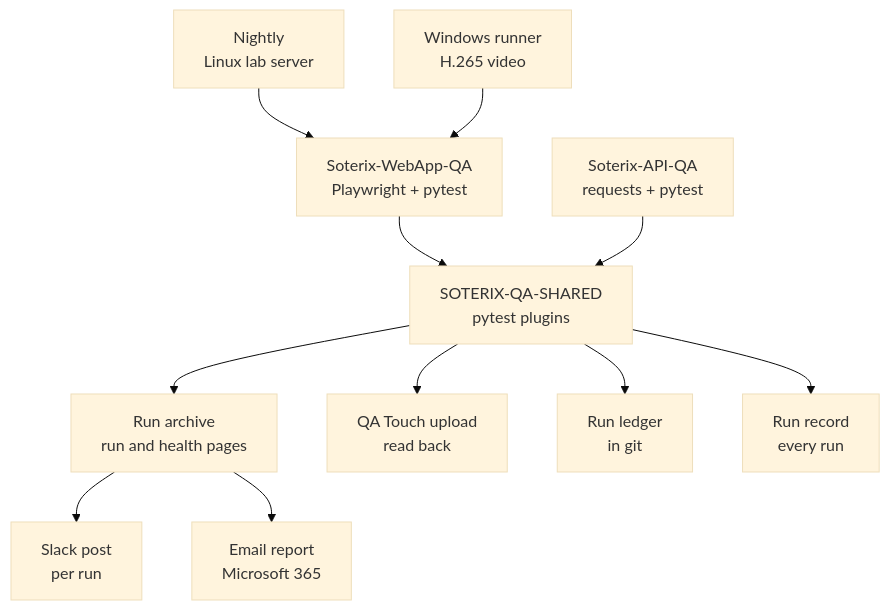
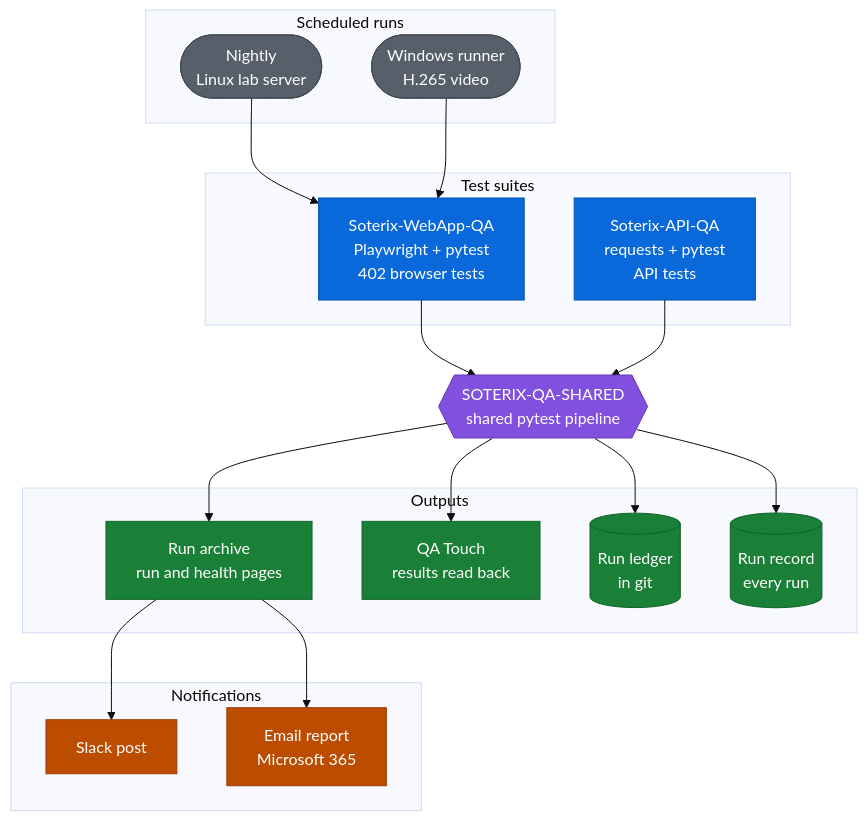
The diagram in README.md (JustVar/qa-automation-case-study), drawn with Mermaid (base theme) before and after one commit.

Commit message:
Update diagram styling

````diff
--- a/README.md
+++ b/README.md
@@ -35,14 +35,43 @@
 ```mermaid
 flowchart TB
-    N["Nightly<br/>Linux lab server"] --> W
-    X["Windows runner<br/>H.265 video"] --> W
-    W["Soterix-WebApp-QA<br/>Playwright + pytest"] --> S
-    A["Soterix-API-QA<br/>requests + pytest"] --> S
-    S["SOTERIX-QA-SHARED<br/>pytest plugins"]
-    S --> P["Run archive<br/>run and health pages"]
-    S --> Q["QA Touch upload<br/>read back"]
-    S --> L["Run ledger<br/>in git"]
-    S --> R["Run record<br/>every run"]
-    P --> K["Slack post<br/>per run"]
-    P --> E["Email report<br/>Microsoft 365"]
+    subgraph sched["Scheduled runs"]
+        N(["Nightly<br/>Linux lab server"])
+        X(["Windows runner<br/>H.265 video"])
+    end
+    subgraph suites["Test suites"]
+        W["Soterix-WebApp-QA<br/>Playwright + pytest<br/>402 browser tests"]
+        A["Soterix-API-QA<br/>requests + pytest<br/>API tests"]
+    end
+    S{{"SOTERIX-QA-SHARED<br/>shared pytest pipeline"}}
+    subgraph out["Outputs"]
+        P["Run archive<br/>run and health pages"]
+        Q["QA Touch<br/>results read back"]
+        L[("Run ledger<br/>in git")]
+        R[("Run record<br/>every run")]
+    end
+    subgraph notify["Notifications"]
+        K["Slack post"]
+        E["Email report<br/>Microsoft 365"]
+    end
+    N --> W
+    X --> W
+    W --> S
+    A --> S
+    S --> P
+    S --> Q
+    S --> L
+    S --> R
+    P --> K
+    P --> E
+
+    classDef schedule fill:#57606a,stroke:#424a53,color:#ffffff
+    classDef suite fill:#0969da,stroke:#0550ae,color:#ffffff
+    classDef core fill:#8250df,stroke:#6639ba,color:#ffffff
+    classDef output fill:#1a7f37,stroke:#116329,color:#ffffff
+    classDef alert fill:#bc4c00,stroke:#953800,color:#ffffff
+    class N,X schedule
+    class W,A suite
+    class S core
+    class P,Q,L,R output
+    class K,E alert
 ```
````
